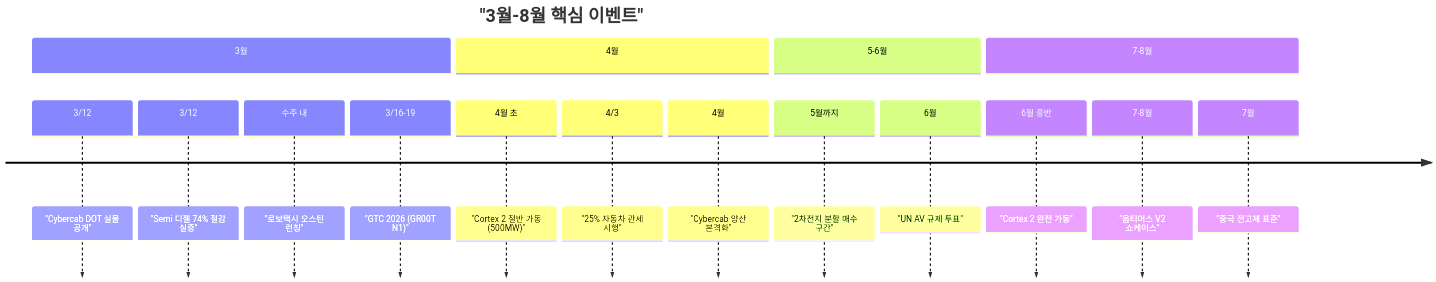
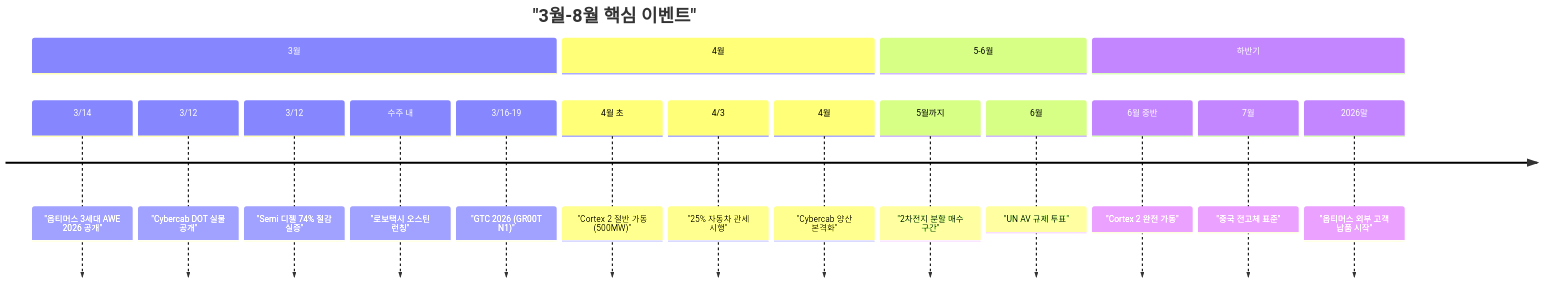
The fifth of 5 diagrams in _posts/knowledge/invest/2026-01-21-automotive-robotics-sector-outlook-2026.md (dss99911/dss99911.github.io), drawn with Mermaid before and after one commit. The commit also changed other lines of this file and 2 other files, not shown here.

Commit message:
투자 전망 3/14 업데이트: VIX 27 공포·사모신용 $3.5T·CPO 변곡점·옵티머스 AWE

````diff
--- a/_posts/knowledge/invest/2026-01-21-automotive-robotics-sector-outlook-2026.md
+++ b/_posts/knowledge/invest/2026-01-21-automotive-robotics-sector-outlook-2026.md
@@ -406,20 +412,21 @@
 ```mermaid
 timeline
     title "3월-8월 핵심 이벤트"
     section 3월
+        3/14 : "옵티머스 3세대 AWE 2026 공개"
         3/12 : "Cybercab DOT 실물 공개"
         3/12 : "Semi 디젤 74% 절감 실증"
         수주 내 : "로보택시 오스틴 런칭"
         3/16-19 : "GTC 2026 (GR00T N1)"
     section 4월
         4월 초 : "Cortex 2 절반 가동 (500MW)"
         4/3 : "25% 자동차 관세 시행"
         4월 : "Cybercab 양산 본격화"
     section 5-6월
         5월까지 : "2차전지 분할 매수 구간"
         6월 : "UN AV 규제 투표"
-    section 7-8월
+    section 하반기
         6월 중반 : "Cortex 2 완전 가동"
-        7-8월 : "옵티머스 V2 쇼케이스"
         7월 : "중국 전고체 표준"
+        2026말 : "옵티머스 외부 고객 납품 시작"
 ```
````
